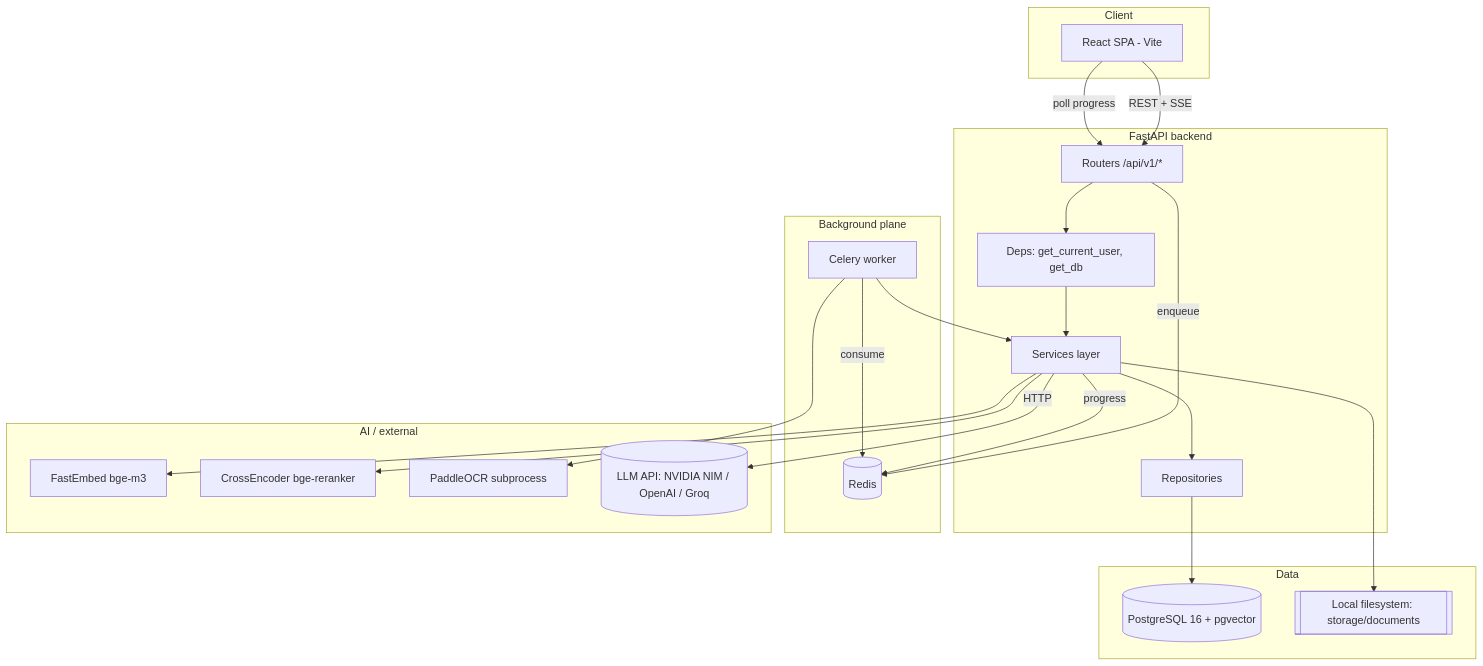
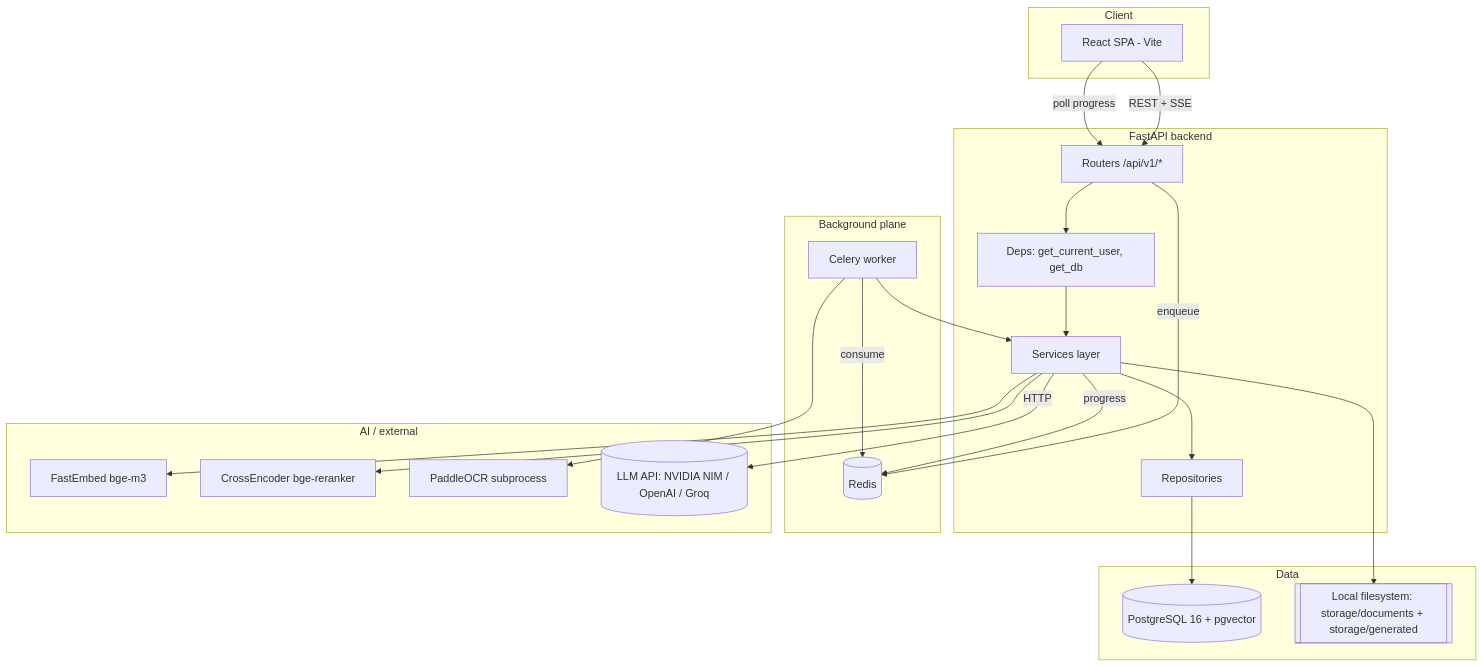
Before and after one commit to maha-mrrk/LegaLinkk: the first of 12 diagrams in docs/ARCHITECTURE.md, drawn with Mermaid. The commit also changed other lines of this file and 62 other files, not shown here.

````diff
--- a/docs/ARCHITECTURE.md
+++ b/docs/ARCHITECTURE.md
@@ -53,39 +53,39 @@
 ```mermaid
 flowchart TB
   subgraph Client
     UI[React SPA - Vite]
   end
   subgraph API[FastAPI backend]
     R[Routers /api/v1/*]
     DEP[Deps: get_current_user, get_db]
     SVC[Services layer]
     REPO[Repositories]
   end
   subgraph Async[Background plane]
     RED[(Redis)]
     CEL[Celery worker]
   end
   subgraph Data
     PG[(PostgreSQL 16 + pgvector)]
-    FS[[Local filesystem: storage/documents]]
+    FS[[Local filesystem: storage/documents + storage/generated]]
   end
   subgraph AI[AI / external]
     EMB[FastEmbed bge-m3]
     RRK[CrossEncoder bge-reranker]
     OCR[PaddleOCR subprocess]
     LLM[(LLM API: NVIDIA NIM / OpenAI / Groq)]
   end
 
   UI -- REST + SSE --> R
   R --> DEP --> SVC --> REPO --> PG
   SVC --> FS
   R -- enqueue --> RED
   CEL -- consume --> RED
   CEL --> SVC
   SVC --> EMB
   SVC --> RRK
   CEL --> OCR
   SVC -- HTTP --> LLM
   SVC -- progress --> RED
   UI -- poll progress --> R
 ```
````
